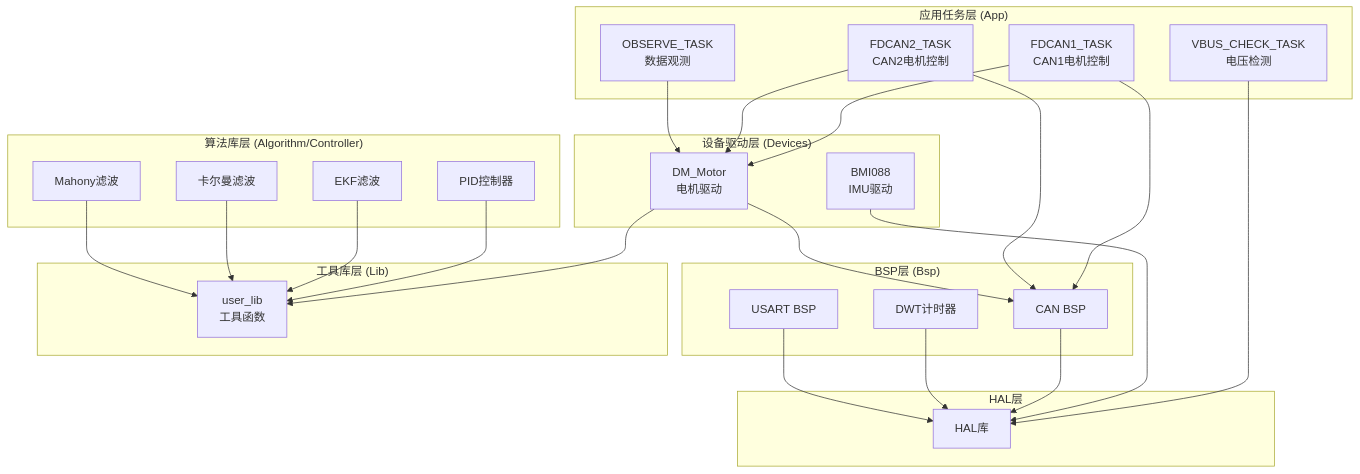
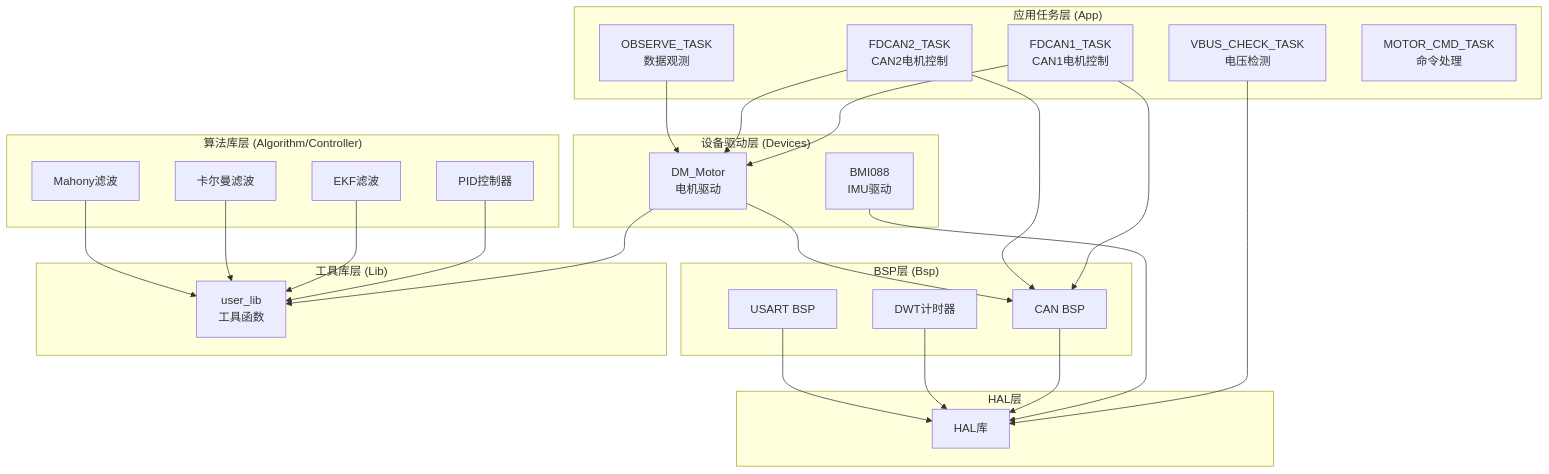
Before and after one commit to zhengbi-yong/ludan_control_board: the first of 8 diagrams in README.md, drawn with Mermaid. The commit also changed other lines of this file and 1 other file, not shown here.

````diff
--- a/README.md
+++ b/README.md
@@ -93,55 +94,56 @@
 ```mermaid
 graph TB
     subgraph "应用任务层 (App)"
         FDCAN1_TASK[FDCAN1_TASK<br/>CAN1电机控制]
         FDCAN2_TASK[FDCAN2_TASK<br/>CAN2电机控制]
         OBSERVE_TASK[OBSERVE_TASK<br/>数据观测]
         VBUS_TASK[VBUS_CHECK_TASK<br/>电压检测]
+        CMD_TASK[MOTOR_CMD_TASK<br/>命令处理]
     end
     
     subgraph "设备驱动层 (Devices)"
         DM_MOTOR[DM_Motor<br/>电机驱动]
         BMI088[BMI088<br/>IMU驱动]
     end
     
     subgraph "算法库层 (Algorithm/Controller)"
         PID[PID控制器]
         EKF[EKF滤波]
         KALMAN[卡尔曼滤波]
         MAHONY[Mahony滤波]
     end
     
     subgraph "BSP层 (Bsp)"
         CAN_BSP[CAN BSP]
         DWT_BSP[DWT计时器]
         USART_BSP[USART BSP]
     end
     
     subgraph "工具库层 (Lib)"
         USER_LIB[user_lib<br/>工具函数]
     end
     
     subgraph "HAL层"
         HAL[HAL库]
     end
     
     FDCAN1_TASK --> CAN_BSP
     FDCAN1_TASK --> DM_MOTOR
     FDCAN2_TASK --> CAN_BSP
     FDCAN2_TASK --> DM_MOTOR
     OBSERVE_TASK --> DM_MOTOR
     VBUS_TASK --> HAL
     
     DM_MOTOR --> CAN_BSP
     DM_MOTOR --> USER_LIB
     BMI088 --> HAL
     
     PID --> USER_LIB
     EKF --> USER_LIB
     KALMAN --> USER_LIB
     MAHONY --> USER_LIB
     
     CAN_BSP --> HAL
     DWT_BSP --> HAL
     USART_BSP --> HAL
 ```
````
